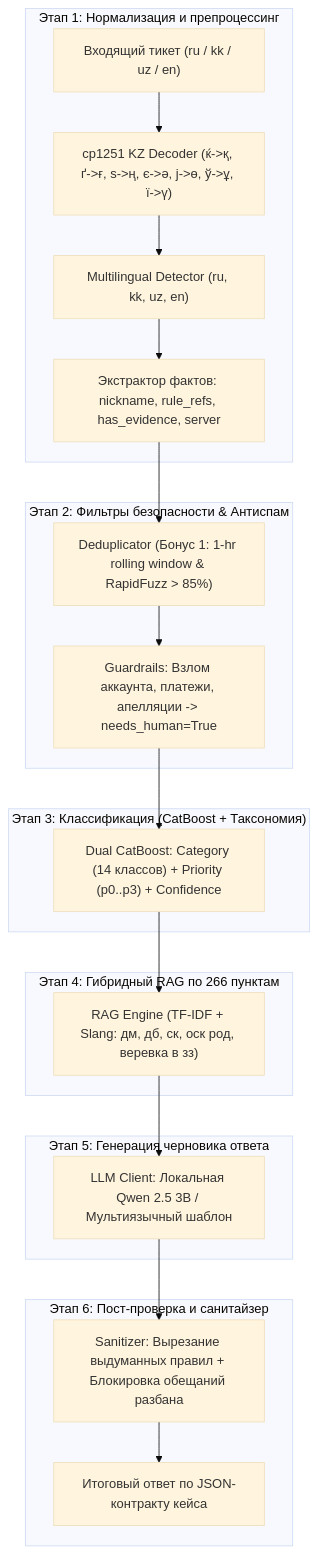
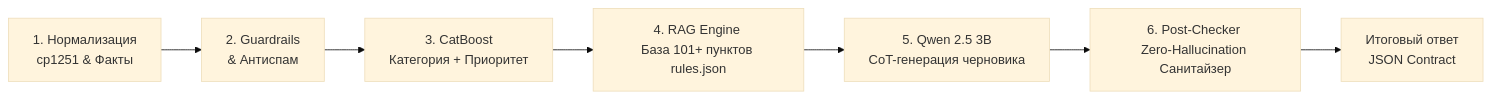
Before and after one commit to biplteam-Dreamteam/Outsiders: the diagram in README.md, drawn with Mermaid (base theme). The commit also changed other lines of this file and 8 other files, not shown here.

````diff
--- a/README.md
+++ b/README.md
@@ -32,30 +27,9 @@
 ```mermaid
-flowchart TD
-    subgraph Step1 ["Этап 1: Нормализация и препроцессинг"]
-        A["Входящий тикет (ru / kk / uz / en)"] --> B["cp1251 KZ Decoder (ќ->қ, ґ->ғ, ѕ->ң, є->ә, ј->ө, ў->ұ, ї->ү)"]
-        B --> C["Multilingual Detector (ru, kk, uz, en)"]
-        C --> D["Экстрактор фактов: nickname, rule_refs, has_evidence, server"]
-    end
-
-    subgraph Step2 ["Этап 2: Фильтры безопасности & Антиспам"]
-        D --> E["Deduplicator (Бонус 1: 1-hr rolling window & RapidFuzz > 85%)"]
-        E --> F["Guardrails: Взлом аккаунта, платежи, апелляции -> needs_human=True"]
-    end
-
-    subgraph Step3 ["Этап 3: Классификация (CatBoost + Таксономия)"]
-        F --> G["Dual CatBoost: Category (14 классов) + Priority (p0..p3) + Confidence"]
-    end
-
-    subgraph Step4 ["Этап 4: Гибридный RAG по 266 пунктам"]
-        G --> H["RAG Engine (TF-IDF + Slang: дм, дб, ск, оск род, веревка в зз)"]
-    end
-
-    subgraph Step5 ["Этап 5: Генерация черновика ответа"]
-        H --> I["LLM Client: Локальная Qwen 2.5 3B / Мультиязычный шаблон"]
-    end
-
-    subgraph Step6 ["Этап 6: Пост-проверка и санитайзер"]
-        I --> J["Sanitizer: Вырезание выдуманных правил + Блокировка обещаний разбана"]
-        J --> K["Итоговый ответ по JSON-контракту кейса"]
-    end
+flowchart LR
+    A["1. Нормализация <br/>cp1251 & Факты"] --> B["2. Guardrails <br/>& Антиспам"]
+    B --> C["3. CatBoost <br/>Категория + Приоритет"]
+    C --> D["4. RAG Engine <br/>База 101+ пунктов rules.json"]
+    D --> E["5. Qwen 2.5 3B <br/>CoT-генерация черновика"]
+    E --> F["6. Post-Checker <br/>Zero-Hallucination Санитайзер"]
+    F --> G["Итоговый ответ <br/>JSON Contract"]
 ```
````
